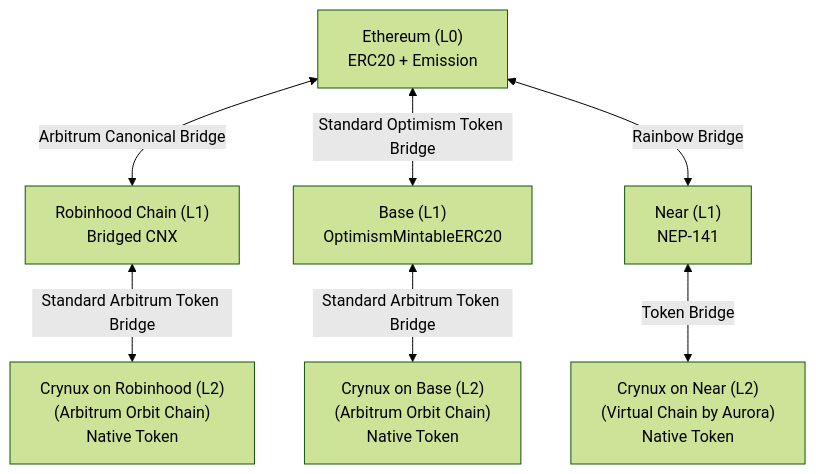
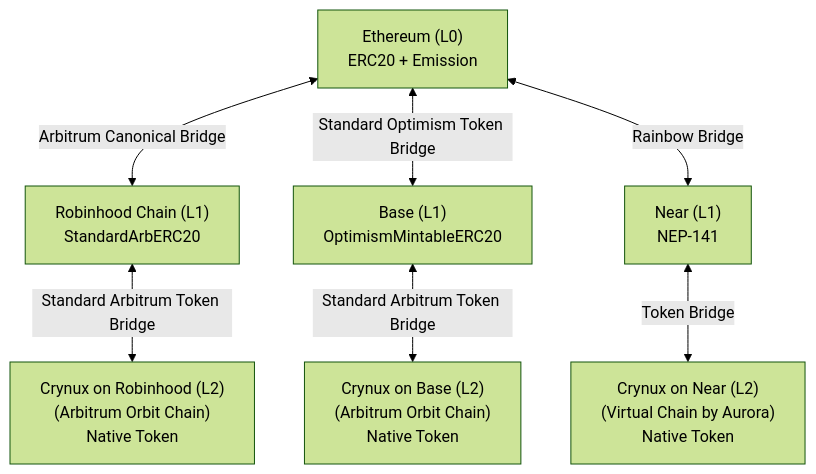
Before and after one commit to crynux-network/documentation: the first of 2 diagrams in gitbook/crynux-blockchains/multi-chain.md, drawn with Mermaid (forest theme). The commit also changed other lines of this file and 2 other files, not shown here.

````diff
--- a/gitbook/crynux-blockchains/multi-chain.md
+++ b/gitbook/crynux-blockchains/multi-chain.md
@@ -15,9 +15,9 @@
 ```mermaid
 flowchart BT
-  CRYNUX_RH["Crynux on Robinhood (L2)<br/>(Arbitrum Orbit Chain)<br/>Native Token"] <-- Standard Arbitrum Token Bridge --> RH["Robinhood Chain (L1)<br/>Bridged CNX"]
+  CRYNUX_RH["Crynux on Robinhood (L2)<br/>(Arbitrum Orbit Chain)<br/>Native Token"] <-- Standard Arbitrum Token Bridge --> RH["Robinhood Chain (L1)<br/>StandardArbERC20"]
   CRYNUX_BASE["Crynux on Base (L2)<br/>(Arbitrum Orbit Chain)<br/>Native Token"] <-- Standard Arbitrum Token Bridge --> BASE["Base (L1)<br/>OptimismMintableERC20"]
   CRYNUX_NEAR["Crynux on Near (L2)<br/>(Virtual Chain by Aurora)<br/>Native Token"] <-- Token Bridge --> NEAR["Near (L1)<br/>NEP-141"]
   RH <-- Arbitrum Canonical Bridge --> ETH["Ethereum (L0)<br/>ERC20 + Emission"]
   BASE <-- Standard Optimism Token Bridge --> ETH
   NEAR <-- Rainbow Bridge --> ETH
 ```
````
